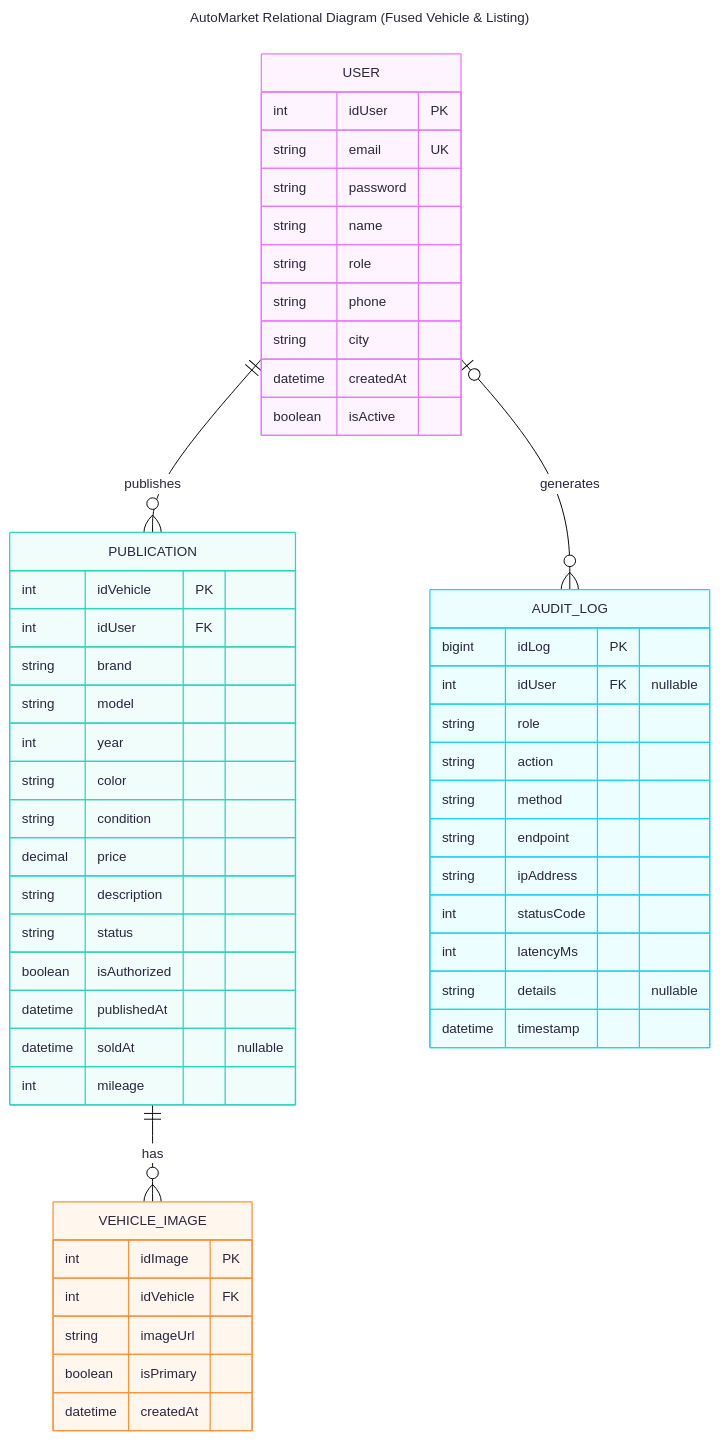
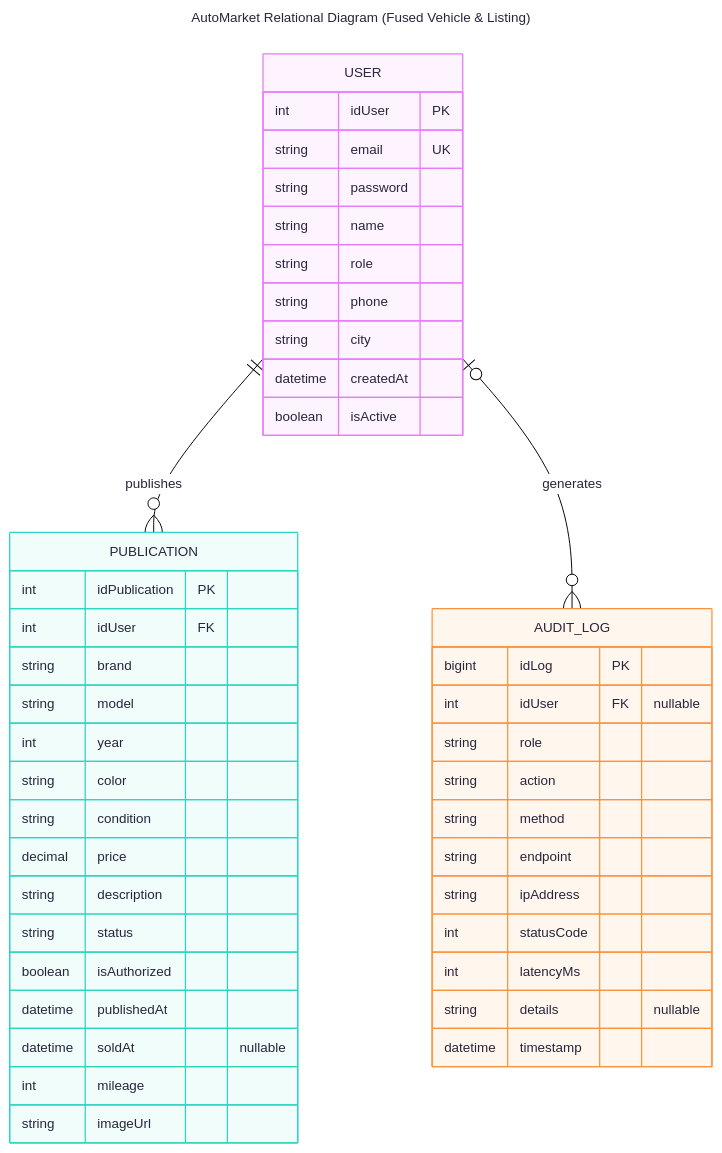
One commit to Ckancord33/autoMarket_AAA_workshop changed the diagram in README.md. Above: the diagram before and after it, drawn with Mermaid. The commit also changed other lines of this file and 2 other files, not shown here.

Commit message:
chore: updates the models by deleting vehicle_image and letting just a column imageUrl in publications

````diff
--- a/README.md
+++ b/README.md
@@ -21,65 +21,57 @@
 ```mermaid
 ---
 config:
   theme: redux-color
   look: classic
 title: AutoMarket Relational Diagram (Fused Vehicle & Listing)
 ---
 erDiagram
     direction TB
 
     USER {
         int idUser PK
         string email UK
         string password
         string name
         string role
         string phone
         string city
         datetime createdAt
         boolean isActive
     }
 
     PUBLICATION {
-        int idVehicle PK
+        int idPublication PK
         int idUser FK
         string brand
         string model
         int year
         string color
         string condition
         decimal price
         string description
         string status
         boolean isAuthorized
         datetime publishedAt 
         datetime soldAt "nullable"
-		int mileage
-    }
-
-    VEHICLE_IMAGE {
-        int idImage PK
-        int idVehicle FK
+        int mileage
         string imageUrl
-        boolean isPrimary
-        datetime createdAt
     }
 
     AUDIT_LOG {
         bigint idLog PK
         int idUser FK "nullable"
         string role
         string action
         string method
         string endpoint
         string ipAddress
         int statusCode
         int latencyMs
         string details "nullable"
         datetime timestamp
     }
 
     USER ||--o{ PUBLICATION : "publishes"
-    PUBLICATION ||--o{ VEHICLE_IMAGE : "has"
     USER |o--o{ AUDIT_LOG : "generates"
 ```
````
